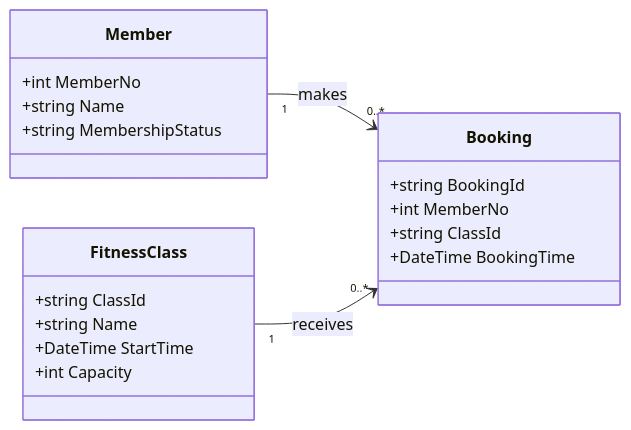
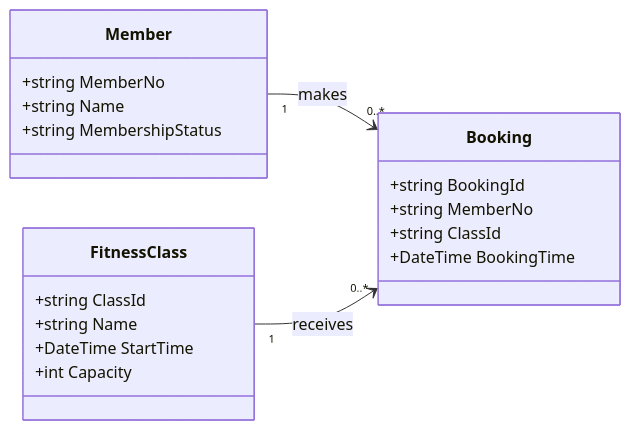
Before and after one commit to jonathanhj123/FitZone: the second of 2 diagrams in README.md, drawn with Mermaid. The commit also changed other lines of this file and 19 other files, not shown here.

````diff
--- a/README.md
+++ b/README.md
@@ -91,23 +91,23 @@
 ```mermaid
 classDiagram
     direction LR
     class Member {
-        +int MemberNo
+        +string MemberNo
         +string Name
         +string MembershipStatus
     }
     class FitnessClass {
         +string ClassId
         +string Name
         +DateTime StartTime
         +int Capacity
     }
     class Booking {
         +string BookingId
-        +int MemberNo
+        +string MemberNo
         +string ClassId
         +DateTime BookingTime
     }
     Member "1" --> "0..*" Booking : makes
     FitnessClass "1" --> "0..*" Booking : receives
 ```
````
